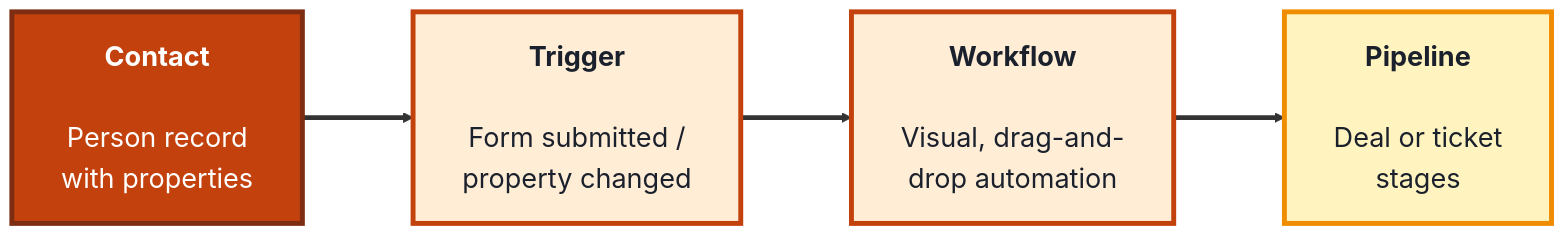
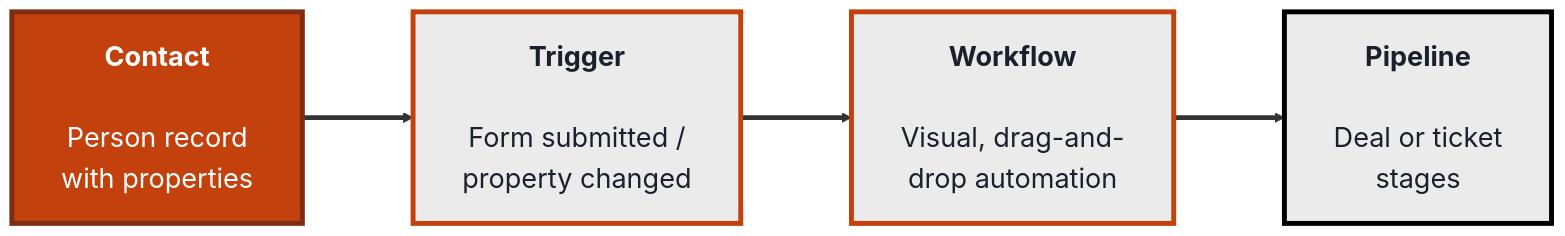
Before and after one commit to SHEMODELTECH/shemodeltech: the first of 3 diagrams in src/Pages/courses/TechArchs/crm-platforms-module.md, drawn with Mermaid. The commit also changed other lines of this file and 46 other files, not shown here.

````diff
--- a/src/Pages/courses/TechArchs/crm-platforms-module.md
+++ b/src/Pages/courses/TechArchs/crm-platforms-module.md
@@ -21,16 +21,16 @@
 ```mermaid
 %%{init: {'theme':'base', 'themeVariables': {'fontSize':'22px', 'primaryTextColor':'#1a202c', 'primaryBorderColor':'#c2410c', 'lineColor':'#333333'}, 'flowchart': {'nodeSpacing': 70, 'rankSpacing': 90, 'padding': 20}}}%%
 flowchart LR
     C["<b>Contact</b><br/><br/>Person record<br/>with properties"]
     T["<b>Trigger</b><br/><br/>Form submitted /<br/>property changed"]
     W["<b>Workflow</b><br/><br/>Visual, drag-and-<br/>drop automation"]
     P["<b>Pipeline</b><br/><br/>Deal or ticket<br/>stages"]
 
     C ==> T ==> W ==> P
 
     style C fill:#c2410c,color:#fff,stroke:#7c2d12,stroke-width:4px
-    style T fill:#ffedd5,color:#1a202c,stroke:#c2410c,stroke-width:4px
-    style W fill:#ffedd5,color:#1a202c,stroke:#c2410c,stroke-width:4px
-    style P fill:#fff3bf,color:#1a202c,stroke:#f08c00,stroke-width:4px
+    style T fill:#EBEBEB,color:#1a202c,stroke:#c2410c,stroke-width:4px
+    style W fill:#EBEBEB,color:#1a202c,stroke:#c2410c,stroke-width:4px
+    style P fill:#EBEBEB,color:#1a202c,stroke:#000000,stroke-width:4px
     linkStyle default stroke-width:4px,stroke:#333333
 ```
````
